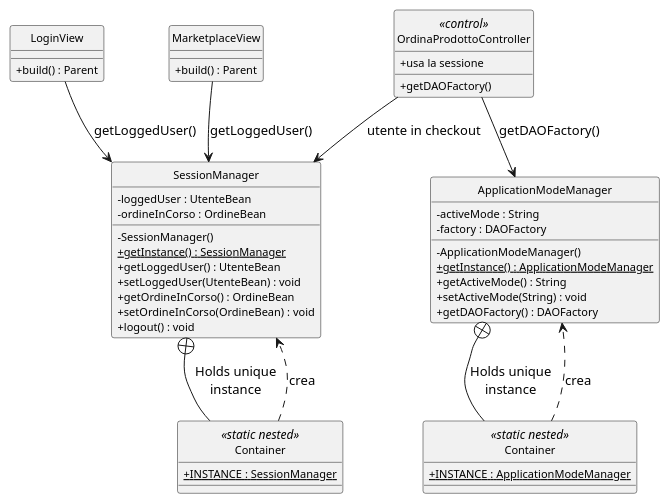
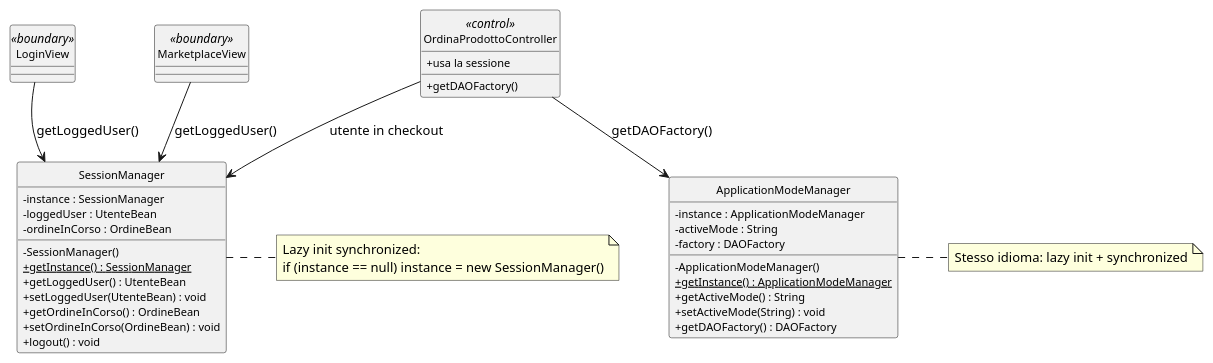
One commit to Damiano-o/test changed the diagram in docs/relazione_italiana/figures/dl_singleton.puml. Above: the diagram before and after it, drawn with PlantUML. The commit also changed 5 other files, not shown here.

Commit message:
docs: tolto build() dalle figure di Singleton e Facade (ViewBuilder e' factory di viste, non pattern Builder GoF)

```diff
--- a/docs/relazione_italiana/figures/dl_singleton.puml
+++ b/docs/relazione_italiana/figures/dl_singleton.puml
@@ -1,70 +1,67 @@
 @startuml
 skinparam style strictuml
 skinparam classAttributeIconSize 0
 skinparam nodesep 50
 skinparam ranksep 45
 skinparam classFontSize 12
 skinparam classAttributeFontSize 11
 top to bottom direction
 
 ' ============================================================
 ' Design-level — Singleton (sessione utente e modalità applicativa)
-' Stile EventBus/Container: classe client -> Singleton,
-' <<static nested>> Container con INSTANCE, freccia "Holds unique instance".
+' Singleton classico: field static + getInstance() synchronized,
+' inizializzazione lazy (come i progetti di riferimento).
 ' ============================================================
 
 ' ---------- Client / chi usa il Singleton ----------
-class "LoginView" {
-  + build() : Parent
+class "LoginView" <<boundary>> {
 }
-class "MarketplaceView" {
-  + build() : Parent
+class "MarketplaceView" <<boundary>> {
 }
 class "OrdinaProdottoController" <<control>> {
   + usa la sessione
   + getDAOFactory()
 }
 
 ' ---------- Singleton 1: sessione utente ----------
 class "SessionManager" {
+  - instance : SessionManager
   - loggedUser : UtenteBean
   - ordineInCorso : OrdineBean
   - SessionManager()
   {static} + getInstance() : SessionManager
   + getLoggedUser() : UtenteBean
   + setLoggedUser(UtenteBean) : void
   + getOrdineInCorso() : OrdineBean
   + setOrdineInCorso(OrdineBean) : void
   + logout() : void
 }
 
-class "Container" as H1 <<static nested>> {
-  {static} + INSTANCE : SessionManager
-}
-SessionManager +-- H1 : "Holds unique\ninstance"
-H1 ..> SessionManager : crea
+note right of SessionManager
+  Lazy init synchronized:
+  if (instance == null) instance = new SessionManager()
+end note
 
 ' ---------- Singleton 2: modalità applicativa ----------
 class "ApplicationModeManager" {
+  - instance : ApplicationModeManager
   - activeMode : String
   - factory : DAOFactory
   - ApplicationModeManager()
   {static} + getInstance() : ApplicationModeManager
   + getActiveMode() : String
   + setActiveMode(String) : void
   + getDAOFactory() : DAOFactory
 }
 
-class "Container" as H2 <<static nested>> {
-  {static} + INSTANCE : ApplicationModeManager
-}
-ApplicationModeManager +-- H2 : "Holds unique\ninstance"
-H2 ..> ApplicationModeManager : crea
+note right of ApplicationModeManager
+  Stesso idioma: lazy init + synchronized
+end note
 
 ' ---------- usi ----------
 LoginView --> SessionManager : getLoggedUser()
 MarketplaceView --> SessionManager : getLoggedUser()
 OrdinaProdottoController --> SessionManager : utente in checkout
 OrdinaProdottoController --> ApplicationModeManager : getDAOFactory()
 
 @enduml
```
